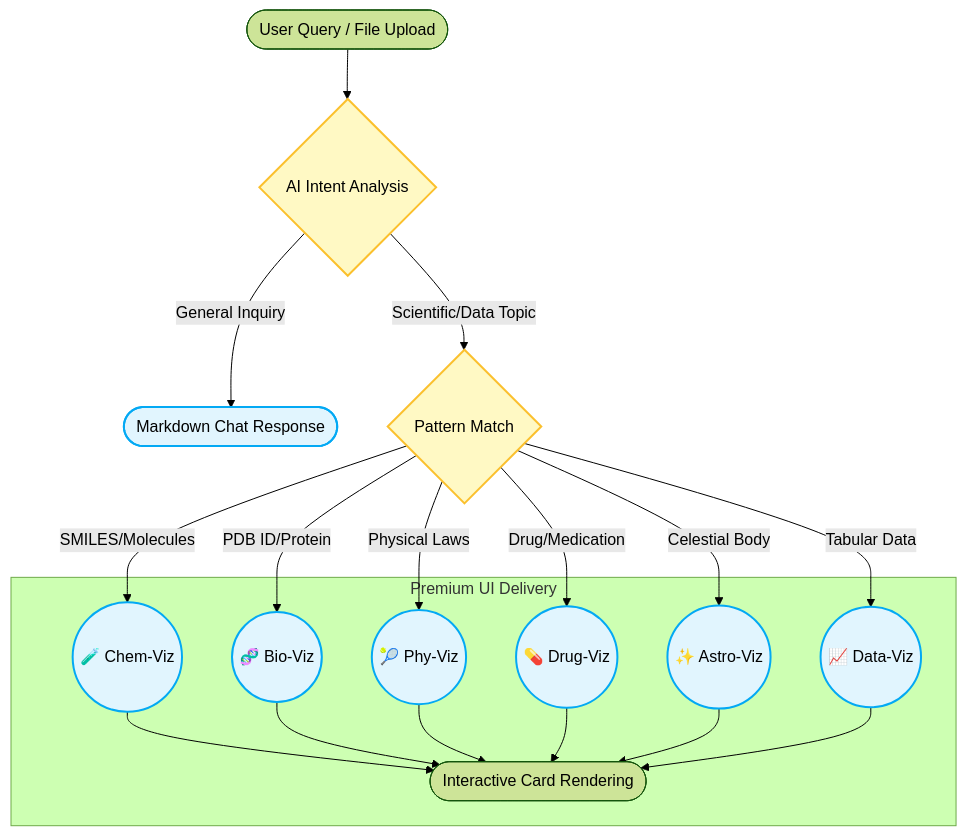
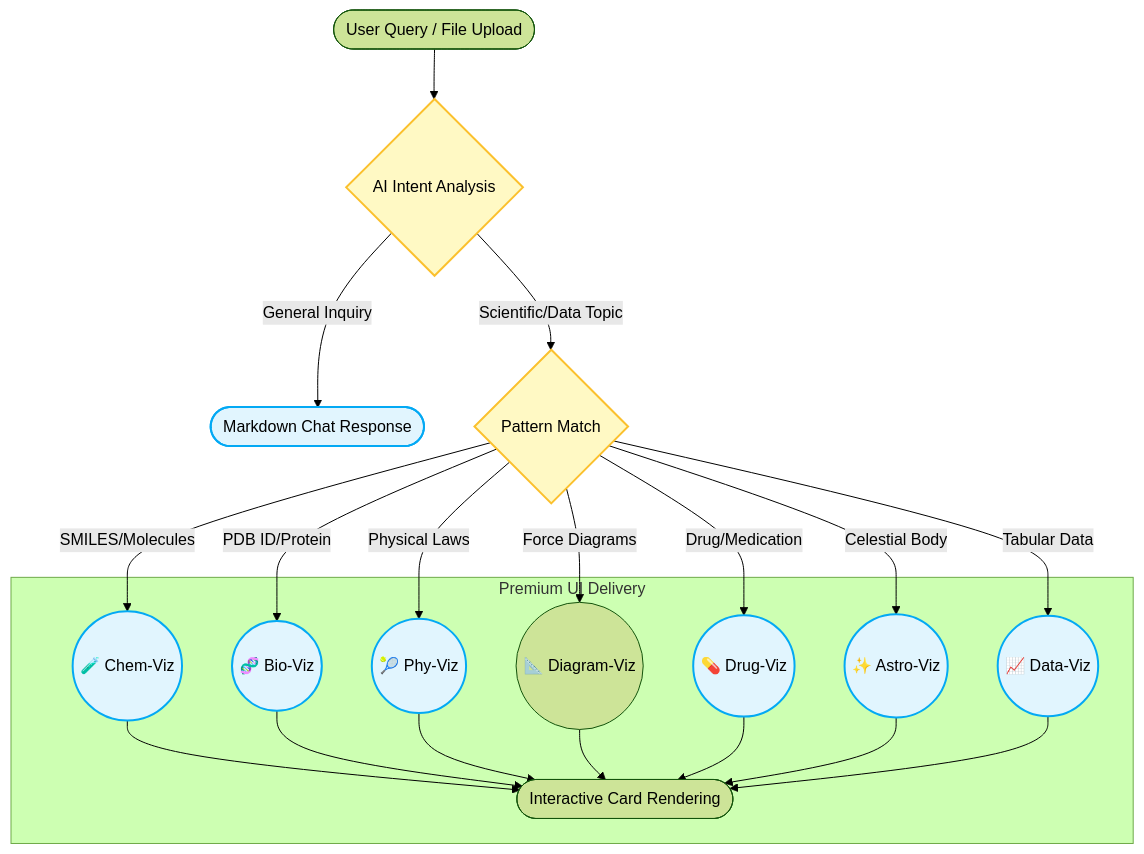
Before and after one commit to jpjp92/chat-agent: the second of 2 diagrams in README.md, drawn with Mermaid (forest theme). The commit also changed other lines of this file and 10 other files, not shown here.

Commit message:
feat: Add support for multiple message attachments including video, enhance file type icons, and improve diagram dark mode styling.

````diff
--- a/README.md
+++ b/README.md
@@ -197,24 +211,25 @@
 ```mermaid
 flowchart TD
     In([User Query / File Upload]) --> AI{AI Intent Analysis}
     
     AI -- "General Inquiry" --> Text([Markdown Chat Response])
     AI -- "Scientific/Data Topic" --> Pattern{Pattern Match}
     
     Pattern -- "SMILES/Molecules" --> Chem((🧪 Chem-Viz))
     Pattern -- "PDB ID/Protein" --> Bio((🧬 Bio-Viz))
     Pattern -- "Physical Laws" --> Phy((🎾 Phy-Viz))
+    Pattern -- "Force Diagrams" --> Diagram((📐 Diagram-Viz))
     Pattern -- "Drug/Medication" --> Drug((💊 Drug-Viz))
     Pattern -- "Celestial Body" --> Astro((✨ Astro-Viz))
     Pattern -- "Tabular Data" --> Charts((📈 Data-Viz))
 
     subgraph Output ["Premium UI Delivery"]
-        Chem & Bio & Phy & Drug & Astro & Charts --> Card([Interactive Card Rendering])
+        Chem & Bio & Phy & Diagram & Drug & Astro & Charts --> Card([Interactive Card Rendering])
     end
 
     %% Logic Styling (Decision Tree Style)
     classDef decision fill:#fff9c4,stroke:#fbc02d,stroke-width:2px;
     classDef process fill:#e1f5fe,stroke:#03a9f4,stroke-width:2px;
     class AI,Pattern decision;
     class Chem,Bio,Phy,Drug,Astro,Charts,Text process;
 ```
````
